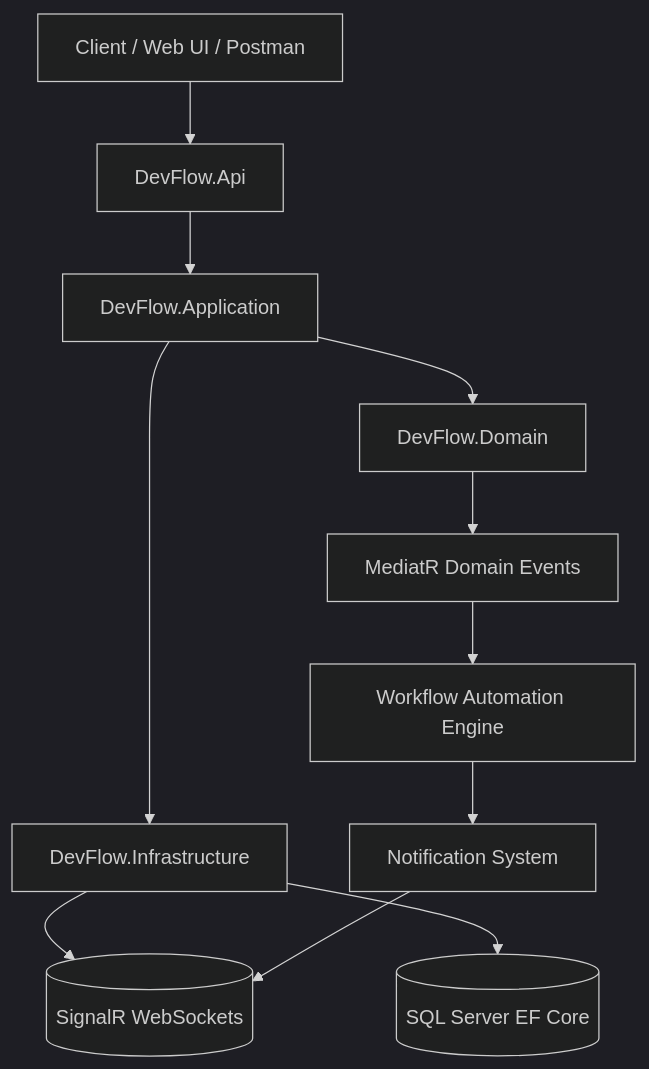
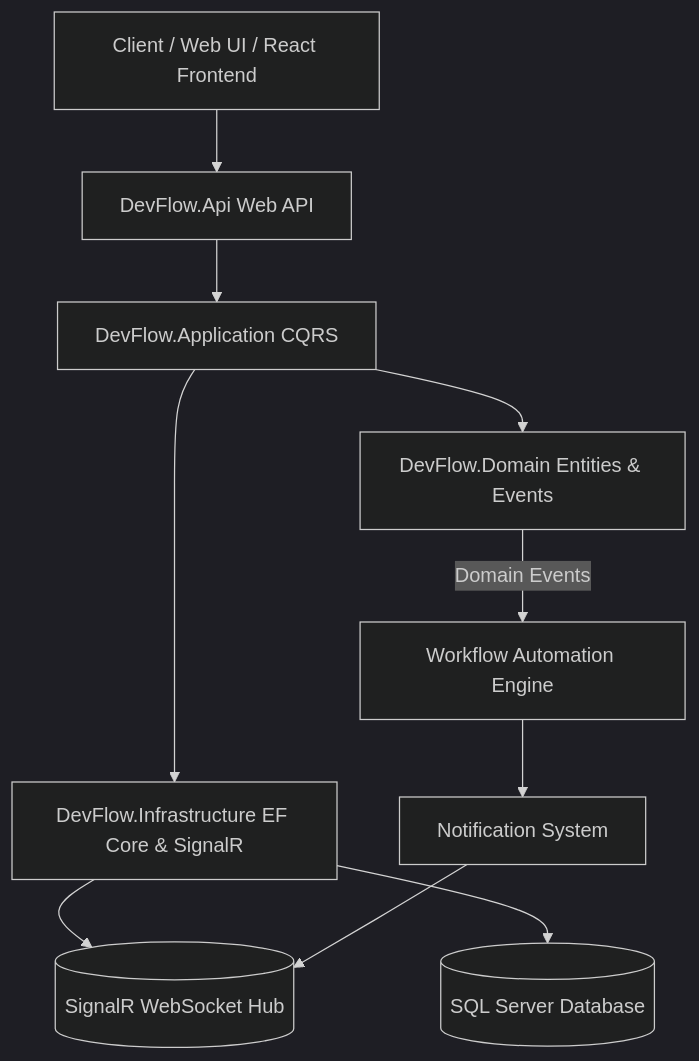
The first of 2 diagrams in README.md (MuhammadBilal64/DevFlow), drawn with Mermaid (dark theme) before and after one commit. The commit also changed other lines of this file and 1 other file, not shown here.

````diff
--- a/README.md
+++ b/README.md
@@ -167,25 +126,22 @@
 ```mermaid
 graph TD
+    Client[Client / Web UI / React Frontend]
+    API[DevFlow.Api Web API]
+    Application[DevFlow.Application CQRS]
+    Domain[DevFlow.Domain Entities & Events]
+    Infrastructure[DevFlow.Infrastructure EF Core & SignalR]
+    SQL[(SQL Server Database)]
+    SignalR[(SignalR WebSocket Hub)]
+    WorkflowEngine[Workflow Automation Engine]
+    Notifications[Notification System]
 
-Client[Client / Web UI / Postman]
-
-Client --> API[DevFlow.Api]
-
-API --> Application[DevFlow.Application]
-
-Application --> Domain[DevFlow.Domain]
-
-Application --> Infrastructure[DevFlow.Infrastructure]
-
-Infrastructure --> SQL[(SQL Server EF Core)]
-
-Infrastructure --> SignalR[(SignalR WebSockets)]
-
-Domain --> DomainEvents[MediatR Domain Events]
-
-DomainEvents --> WorkflowEngine[Workflow Automation Engine]
-
-WorkflowEngine --> Notifications[Notification System]
-
-Notifications --> SignalR
+    Client --> API
+    API --> Application
+    Application --> Domain
+    Application --> Infrastructure
+    Infrastructure --> SQL
+    Infrastructure --> SignalR
+    Domain -->|Domain Events| WorkflowEngine
+    WorkflowEngine --> Notifications
+    Notifications --> SignalR
 ```
````
